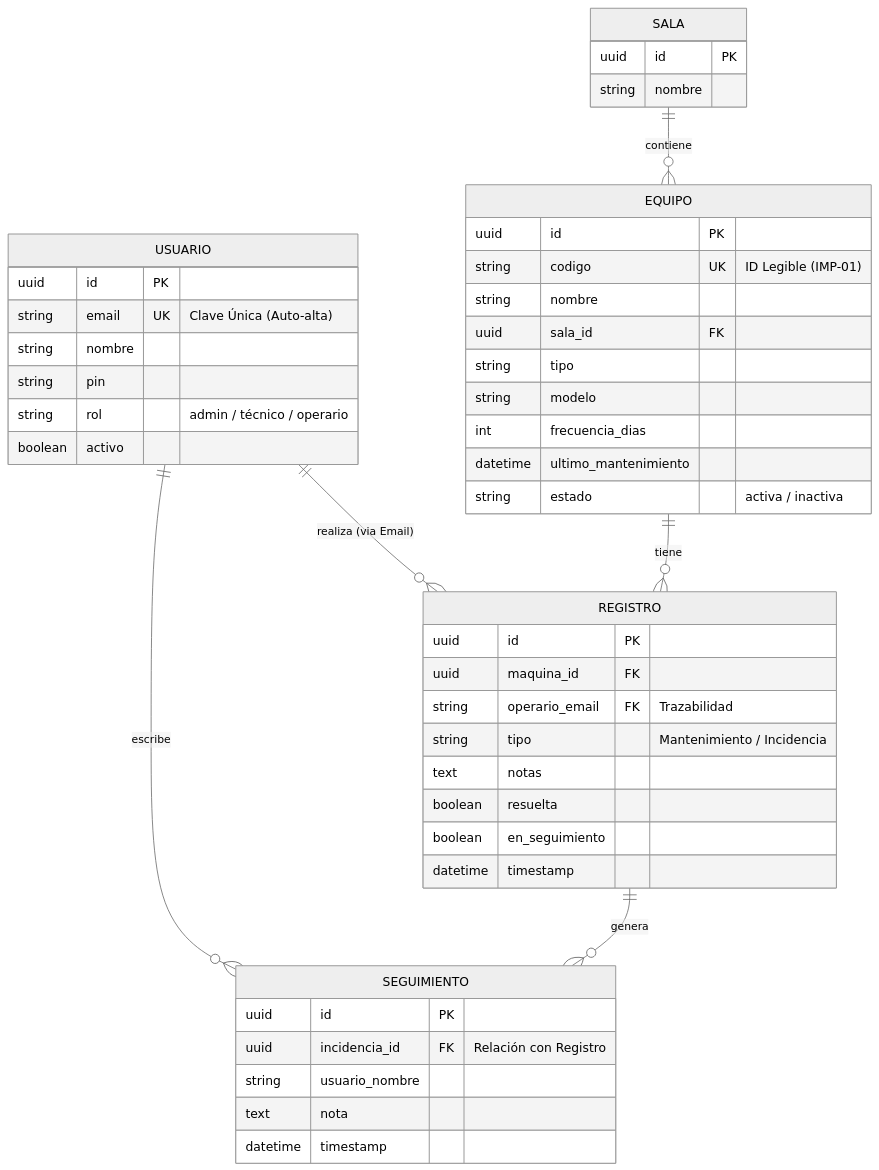
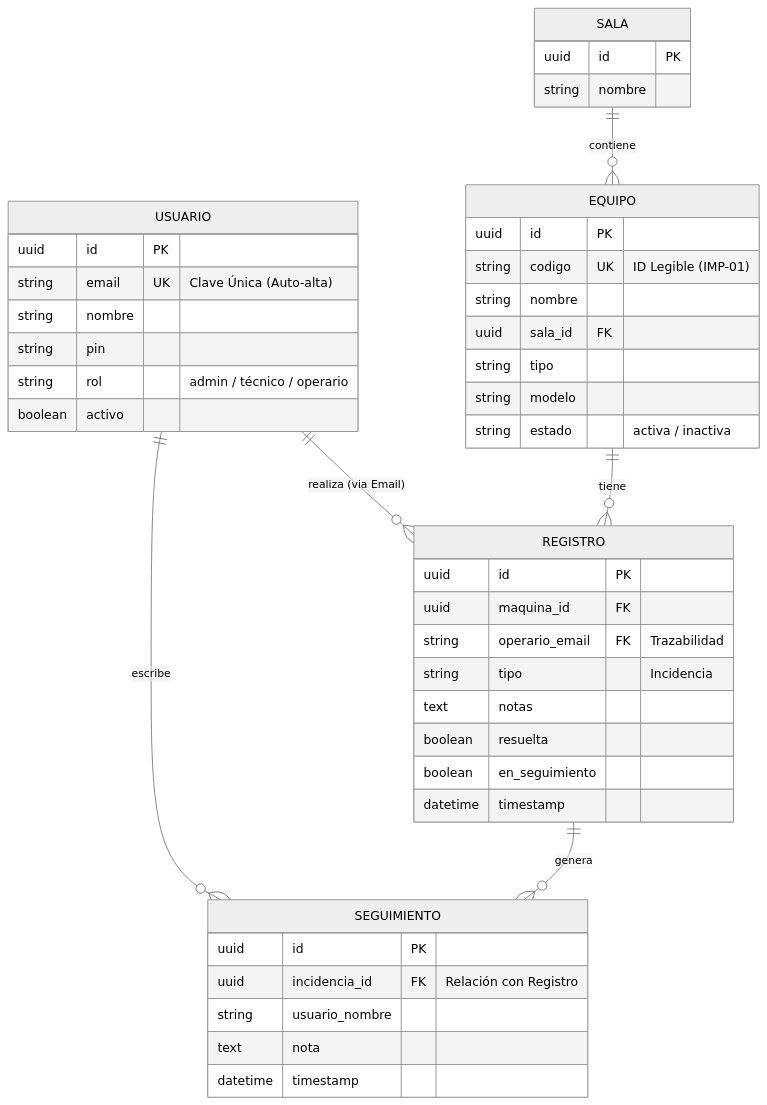
The diagram in README.md (Manuel9121231/adestacion), drawn with Mermaid (neutral theme) before and after one commit. The commit also changed other lines of this file and 13 other files, not shown here.

````diff
--- a/README.md
+++ b/README.md
@@ -6,53 +6,51 @@
 ```mermaid
 erDiagram
     USUARIO ||--o{ REGISTRO : "realiza (via Email)"
     USUARIO ||--o{ SEGUIMIENTO : "escribe"
     SALA ||--o{ EQUIPO : "contiene"
     EQUIPO ||--o{ REGISTRO : "tiene"
     REGISTRO ||--o{ SEGUIMIENTO : "genera"
 
     USUARIO {
         uuid id PK
         string email UK "Clave Única (Auto-alta)"
         string nombre
         string pin
         string rol "admin / técnico / operario"
         boolean activo
     }
 
     SALA {
         uuid id PK
         string nombre
     }
 
     EQUIPO {
         uuid id PK
         string codigo UK "ID Legible (IMP-01)"
         string nombre
         uuid sala_id FK
         string tipo
         string modelo
-        int frecuencia_dias
-        datetime ultimo_mantenimiento
         string estado "activa / inactiva"
     }
 
     REGISTRO {
         uuid id PK
         uuid maquina_id FK
         string operario_email FK "Trazabilidad"
-        string tipo "Mantenimiento / Incidencia"
+        string tipo "Incidencia"
         text notas
         boolean resuelta
         boolean en_seguimiento
         datetime timestamp
     }
 
     SEGUIMIENTO {
         uuid id PK
         uuid incidencia_id FK "Relación con Registro"
         string usuario_nombre
         text nota
         datetime timestamp
     }
 ```
````
